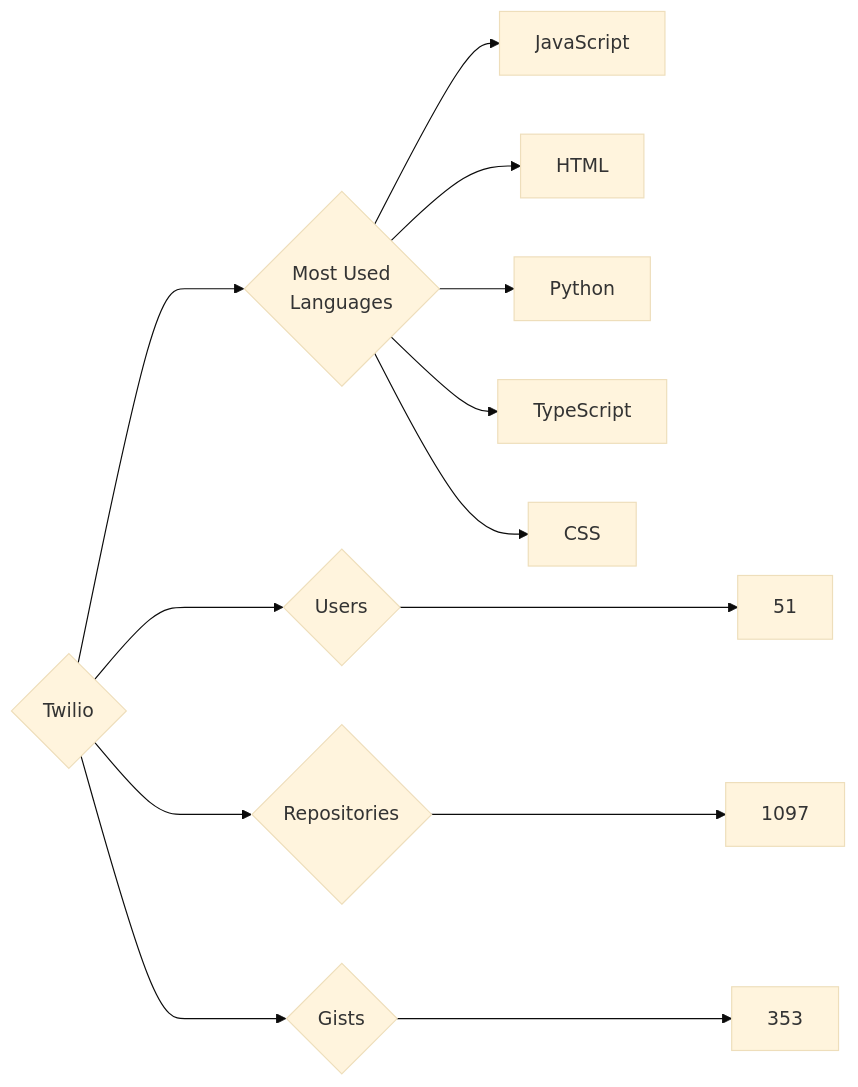
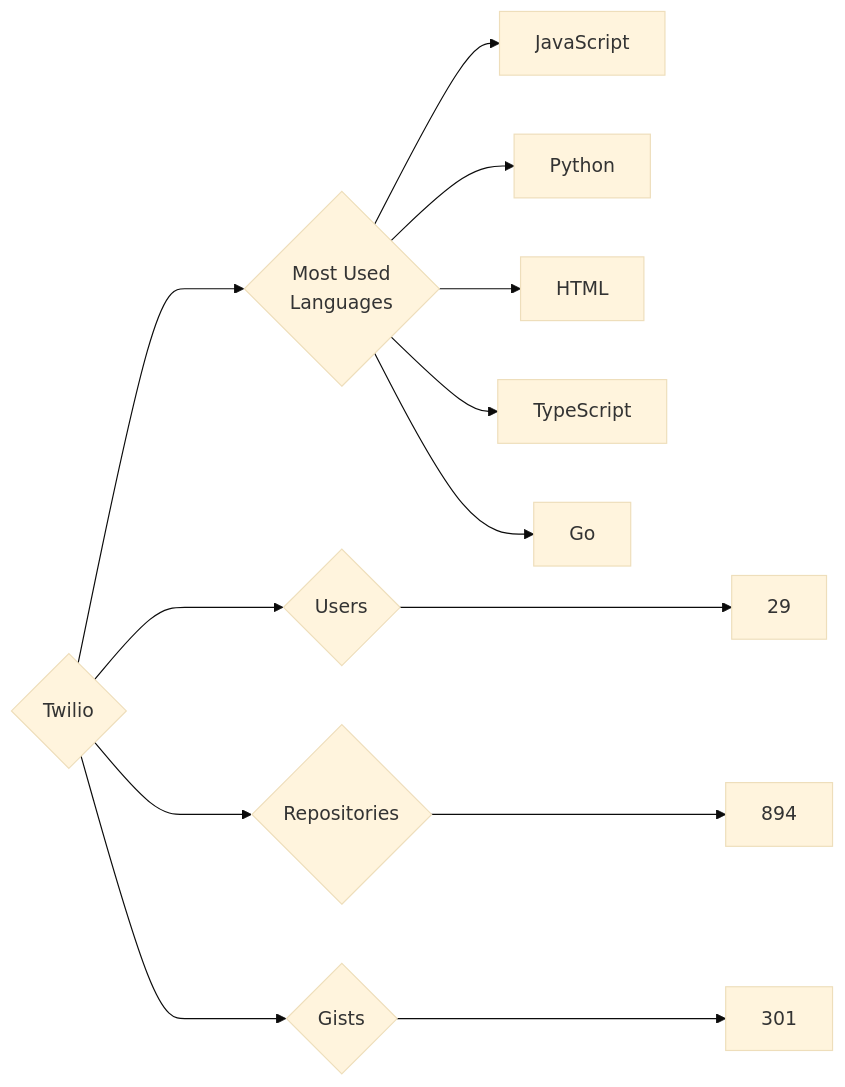
One commit to trickest/insiders changed the diagram in targets/Twilio/README.md. Above: the diagram before and after it, drawn with Mermaid (base theme). The commit also changed 773 other files, not shown here.

````diff
--- a/targets/Twilio/README.md
+++ b/targets/Twilio/README.md
@@ -3,13 +3,13 @@
 ```mermaid
 graph LR
 COMPANY_NAME{Twilio}
-COMPANY_NAME ---> U{Users} ---> UN[51]
-COMPANY_NAME ---> R{Repositories} ---> RN[1097]
-COMPANY_NAME ---> G{Gists} ---> GN[353]
+COMPANY_NAME ---> U{Users} ---> UN[29]
+COMPANY_NAME ---> R{Repositories} ---> RN[894]
+COMPANY_NAME ---> G{Gists} ---> GN[301]
 COMPANY_NAME ---> ML{Most Used<br>Languages}
 ML --> JavaScript[JavaScript]
+ML --> Python[Python]
 ML --> HTML[HTML]
-ML --> Python[Python]
 ML --> TypeScript[TypeScript]
-ML --> CSS[CSS]
+ML --> Go[Go]
 ```
````
